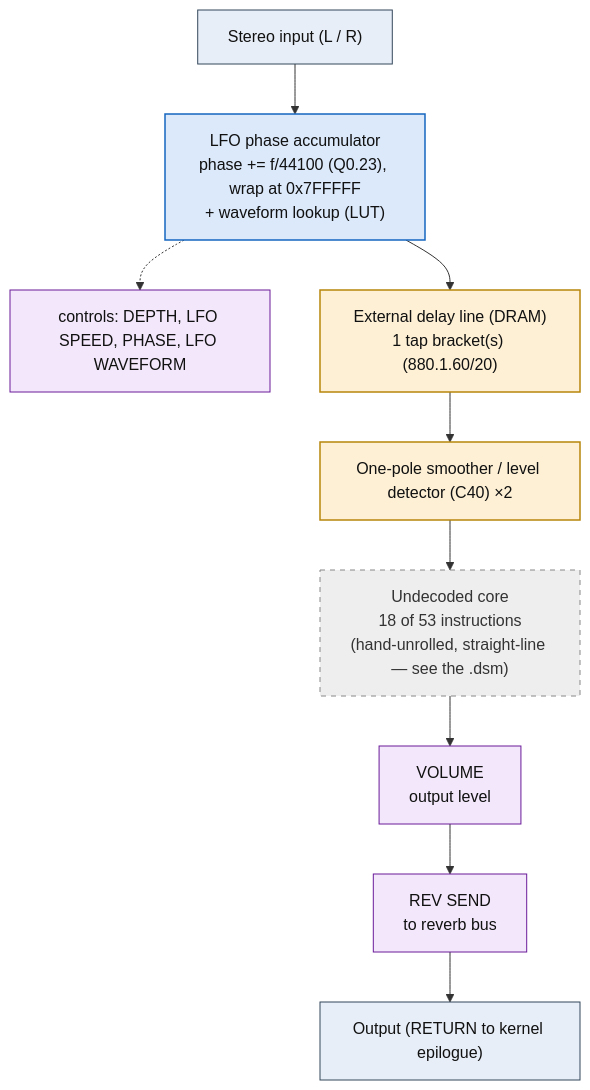
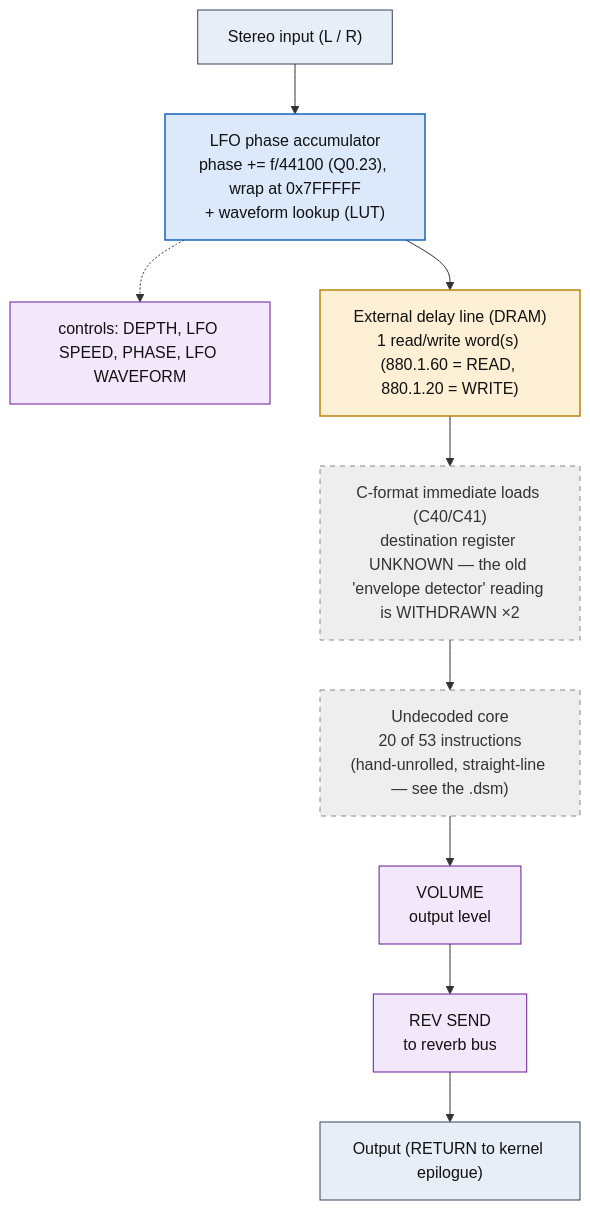
One commit to ArqueologiaDigital/kn5000-roms-disasm changed the diagram in dsp/flowcharts/prog50_vibrato.md. Above: the diagram before and after it, drawn with Mermaid. The commit also changed other lines of this file and 86 other files, not shown here.

````diff
--- a/dsp/flowcharts/prog50_vibrato.md
+++ b/dsp/flowcharts/prog50_vibrato.md
@@ -12,32 +12,32 @@
 ```mermaid
 flowchart TD
     N0["Stereo input (L / R)"]
     N1["LFO phase accumulator<br/>phase += f/44100 (Q0.23), wrap at 0x7FFFFF<br/>+ waveform lookup (LUT)"]
     N0 --> N1
     N2["controls: DEPTH, LFO SPEED, PHASE, LFO WAVEFORM"]
     N1 -.-> N2
-    N3["External delay line (DRAM)<br/>1 tap bracket(s) (880.1.60/20)"]
+    N3["External delay line (DRAM)<br/>1 read/write word(s) (880.1.60 = READ, 880.1.20 = WRITE)"]
     N1 --> N3
-    N4["One-pole smoother / level detector (C40) &times;2"]
+    N4["C-format immediate loads (C40/C41)<br/>destination register UNKNOWN &mdash; the old 'envelope detector' reading is WITHDRAWN &times;2"]
     N3 --> N4
-    N5["Undecoded core<br/>18 of 53 instructions<br/>(hand-unrolled, straight-line &mdash; see the .dsm)"]
+    N5["Undecoded core<br/>20 of 53 instructions<br/>(hand-unrolled, straight-line &mdash; see the .dsm)"]
     N4 --> N5
     N6["VOLUME<br/>output level"]
     N5 --> N6
     N7["REV SEND<br/>to reverb bus"]
     N6 --> N7
     N8["Output (RETURN to kernel epilogue)"]
     N7 --> N8
 
     classDef io fill:#e8eef7,stroke:#33475b,stroke-width:1px,color:#111;
     classDef proven fill:#d7f0d7,stroke:#2e7d32,stroke-width:2px,color:#111;
     classDef measured fill:#dbe9fb,stroke:#1565c0,stroke-width:1.5px,color:#111;
     classDef inferred fill:#fdf0d5,stroke:#b8860b,stroke-width:1.5px,color:#111;
     classDef open fill:#eeeeee,stroke:#888,stroke-width:1px,color:#333,stroke-dasharray:5 5;
     classDef ctrl fill:#f3e8fb,stroke:#6a1b9a,stroke-width:1px,color:#111;
     class N0,N8 io;
     class N1 measured;
     class N2,N6,N7 ctrl;
-    class N3,N4 inferred;
-    class N5 open;
+    class N3 inferred;
+    class N4,N5 open;
 ```
````
